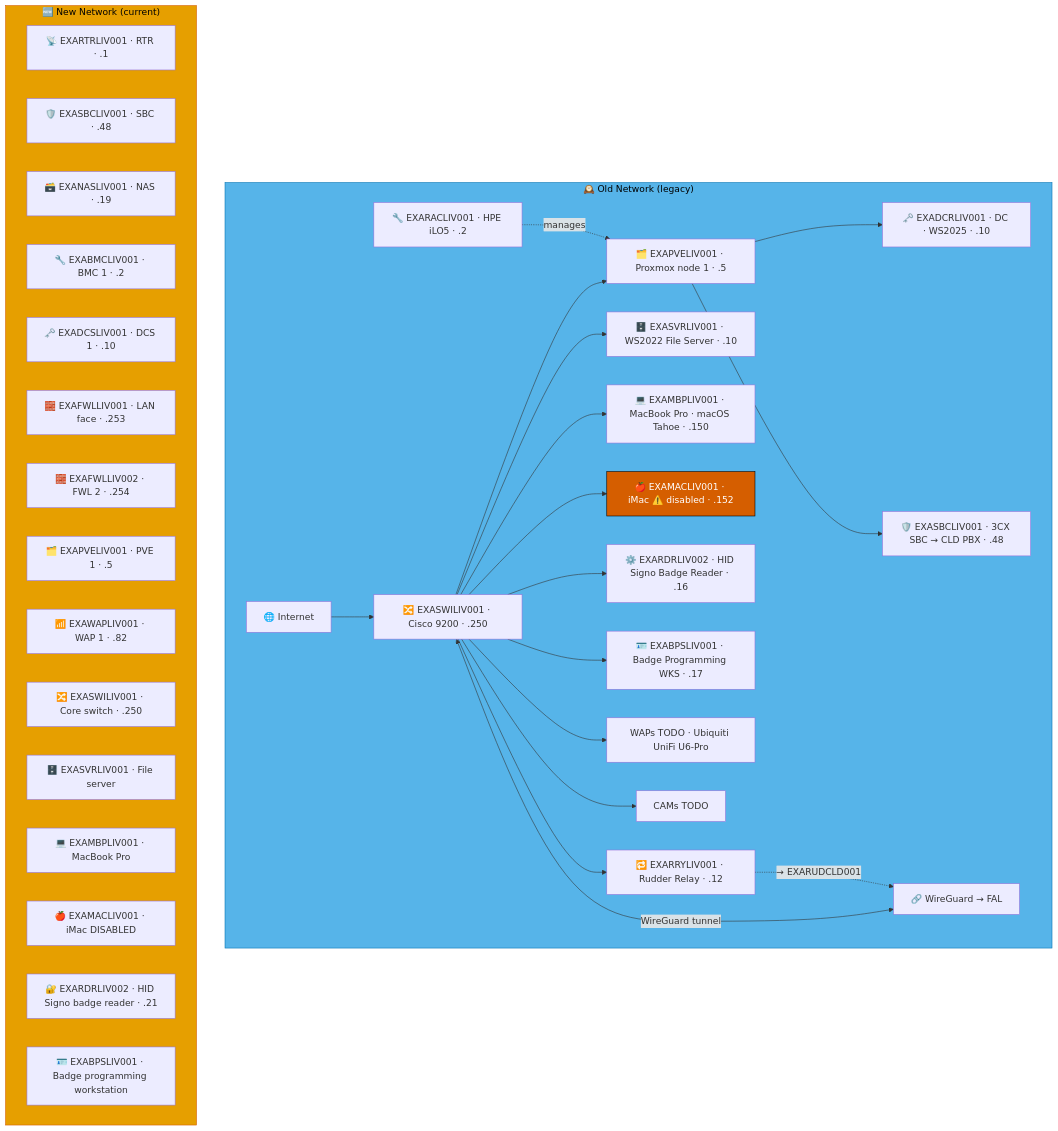
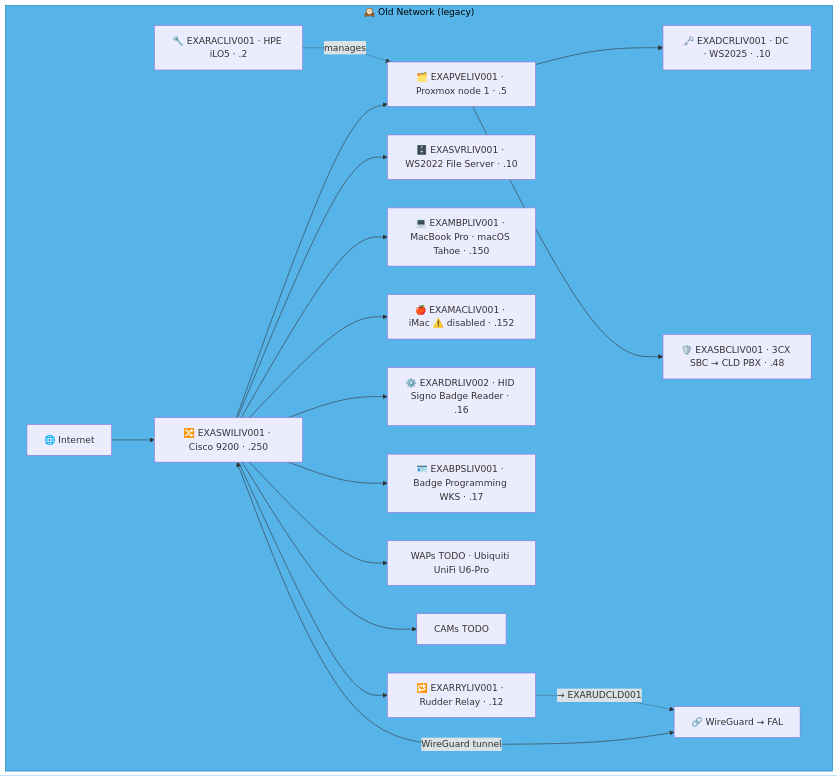
The seventh of 18 diagrams in docs/network-diagram/england.md (knightmare2600/example_music_infra), drawn with Mermaid before and after one commit. The commit also changed other lines of this file and 35 other files, not shown here.

````diff
--- a/docs/network-diagram/england.md
+++ b/docs/network-diagram/england.md
@@ -215,52 +284,30 @@
 ```mermaid
 graph TD
     subgraph OLD_LIV ["🕰️ Old Network (legacy)"]
       INET["🌐 Internet"]
       SW["🔀 EXASWILIV001 · Cisco 9200 · .250"]
       RAC["🔧 EXARACLIV001 · HPE iLO5 · .2"]
       PVE["🗂️ EXAPVELIV001 · Proxmox node 1 · .5"]
       DC["🗝️ EXADCRLIV001 · DC · WS2025 · .10"]
       SBC["🛡️ EXASBCLIV001 · 3CX SBC → CLD PBX · .48"]
       RRY["🔁 EXARRYLIV001 · Rudder Relay · .12"]
       SRV["🗄️ EXASVRLIV001 · WS2022 File Server · .10"]
       MBP["💻 EXAMBPLIV001 · MacBook Pro · macOS Tahoe · .150"]
       MAC["🍎 EXAMACLIV001 · iMac ⚠️ disabled · .152"]
       RDR["⚙️ EXARDRLIV002 · HID Signo Badge Reader · .16"]
       BPS["🪪 EXABPSLIV001 · Badge Programming WKS · .17"]
       WAP["WAPs TODO · Ubiquiti UniFi U6-Pro"]
       CAM["CAMs TODO"]
       VPN["🔗 WireGuard → FAL"]
 
       INET --> SW
       SW --> PVE --> DC & SBC
       RAC -.->|"manages"| PVE
       SW --> SRV & MBP & MAC & RDR & BPS & WAP & CAM
       SW <-->|"WireGuard tunnel"| VPN
 
       SW --> RRY
       RRY -. "→ EXARUDCLD001" .-> VPN
     end
     style OLD_LIV fill:#56B4E9,stroke:#0072B2,color:#000000
-    %% GENERATED:NEW-NETWORK:LIV:START
-    subgraph NEW_LIV ["🆕 New Network (current)"]
-      N_RTR["📡 EXARTRLIV001 · RTR · .1"]
-      N_SBC["🛡️ EXASBCLIV001 · SBC · .48"]
-      N_NAS["🗃️ EXANASLIV001 · NAS · .19"]
-      N_BMC["🔧 EXABMCLIV001 · BMC 1 · .2"]
-      N_DCS["🗝️ EXADCSLIV001 · DCS 1 · .10"]
-      N_FWL["🧱 EXAFWLLIV001 · LAN face · .253"]
-      N_FWL2["🧱 EXAFWLLIV002 · FWL 2 · .254"]
-      N_PVE["🗂️ EXAPVELIV001 · PVE 1 · .5"]
-      N_WAP["📶 EXAWAPLIV001 · WAP 1 · .82"]
-      N_SWI["🔀 EXASWILIV001 · Core switch · .250"]
-      N_SVR["🗄️ EXASVRLIV001 · File server"]
-      N_MBP["💻 EXAMBPLIV001 · MacBook Pro"]
-      N_MAC["🍎 EXAMACLIV001 · iMac DISABLED"]
-      N_RDR["🔐 EXARDRLIV002 · HID Signo badge reader · .21"]
-      N_BPS["🪪 EXABPSLIV001 · Badge programming workstation"]
-    end
-    style NEW_LIV fill:#E69F00,stroke:#D55E00,color:#000000
-    %% GENERATED:NEW-NETWORK:LIV:END
-    classDef warn fill:#D55E00,stroke:#000000,color:#ffffff
-    class MAC warn
 ```
````
